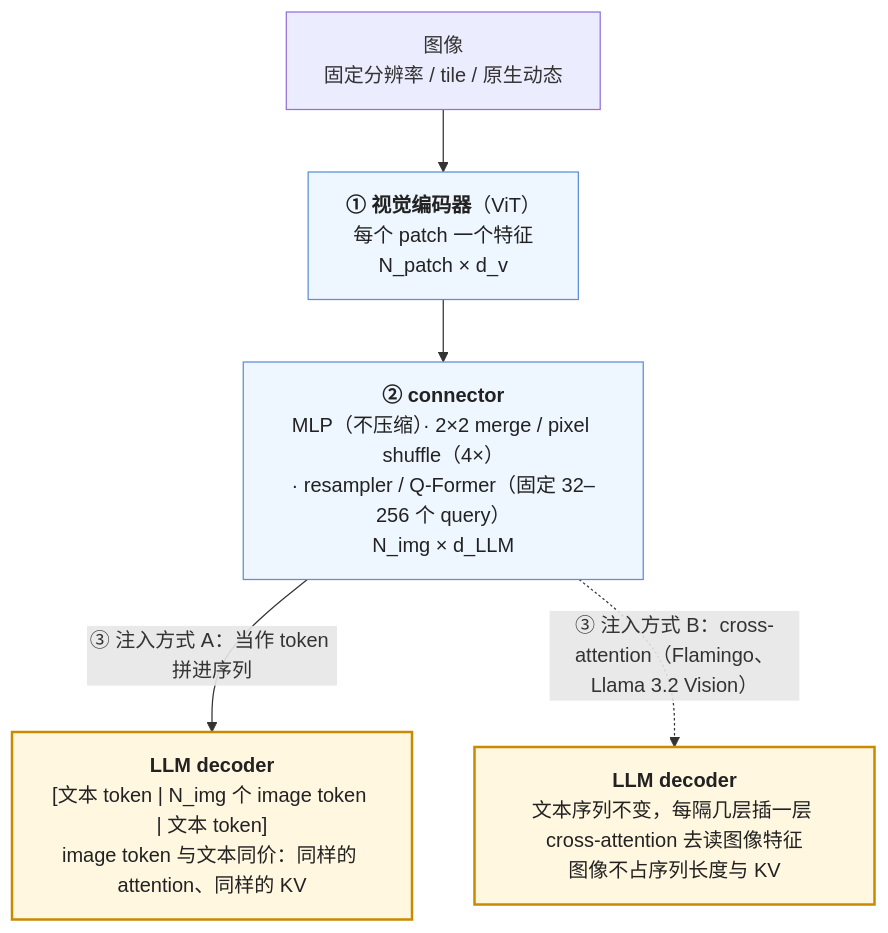
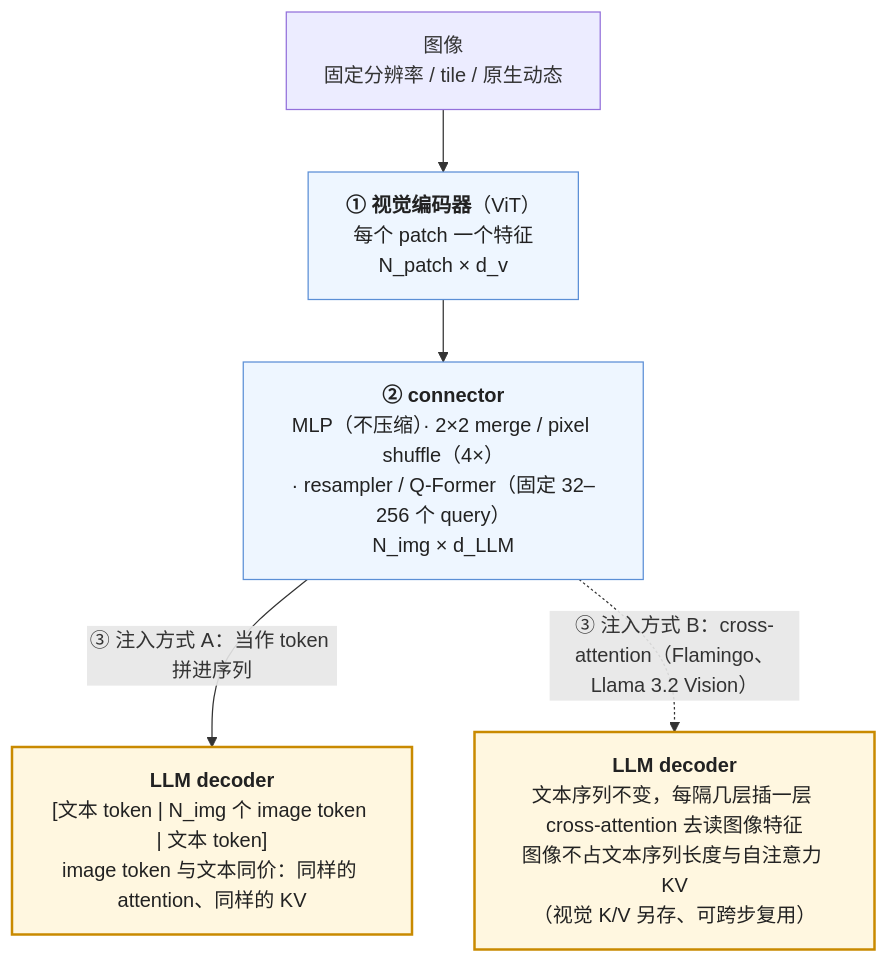
Before and after one commit to arganzheng/arganzheng.github.com: the diagram in _posts/2026-05-04-vlm-architecture-connectors-injection-and-dynamic-resolution.md, drawn with Mermaid. The commit also changed other lines of this file and 10 other files, not shown here.

````diff
--- a/_posts/2026-05-04-vlm-architecture-connectors-injection-and-dynamic-resolution.md
+++ b/_posts/2026-05-04-vlm-architecture-connectors-injection-and-dynamic-resolution.md
@@ -40,23 +40,24 @@
 ```mermaid
 %%{init: {"flowchart": {"wrappingWidth": 260}}}%%
 flowchart TB
     IMG["图像
 固定分辨率 / tile / 原生动态"] --> ENC["`**① 视觉编码器**（ViT）
 每个 patch 一个特征
 N_patch × d_v`"]
     ENC --> CON["`**② connector**
 MLP（不压缩）· 2×2 merge / pixel shuffle（4×）
 · resampler / Q-Former（固定 32–256 个 query）
 N_img × d_LLM`"]
     CON -- "③ 注入方式 A：当作 token 拼进序列" --> SEQ["`**LLM decoder**
 [文本 token | N_img 个 image token | 文本 token]
 image token 与文本同价：同样的 attention、同样的 KV`"]
     CON -. "③ 注入方式 B：cross-attention（Flamingo、Llama 3.2 Vision）" .-> XA["`**LLM decoder**
 文本序列不变，每隔几层插一层 cross-attention 去读图像特征
-图像不占序列长度与 KV`"]
+图像不占文本序列长度与自注意力 KV
+（视觉 K/V 另存、可跨步复用）`"]
 
     classDef enc fill:#eef6ff,stroke:#5b8fd6,color:#222
     classDef llm fill:#fff7e0,stroke:#c98a00,stroke-width:2px,color:#222
     class ENC,CON enc
     class SEQ,XA llm
 ```
````
